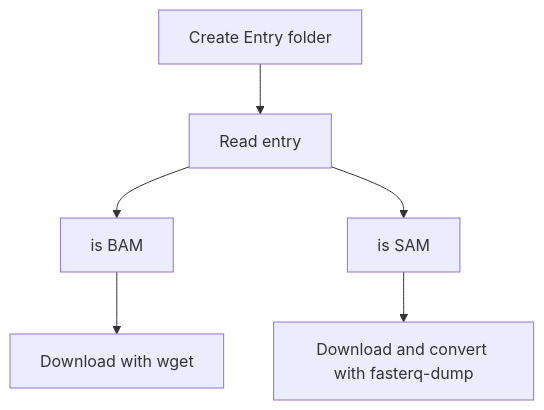
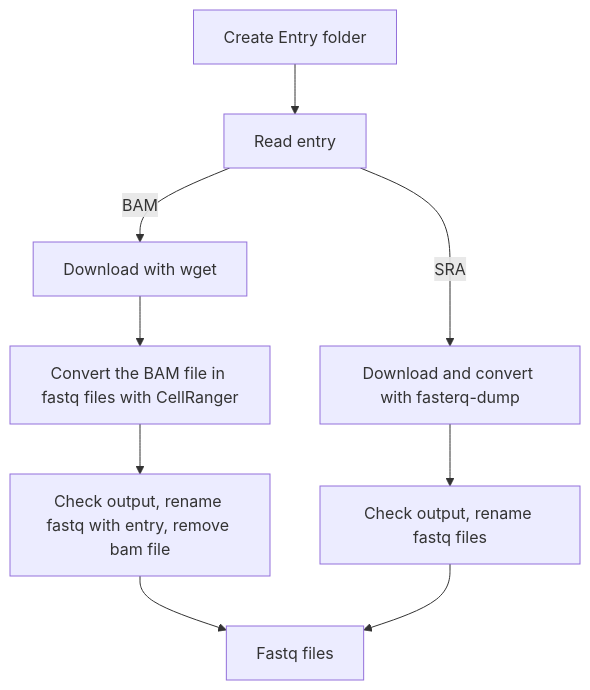
One commit to VergaJU/BoneMarrow_scRNA-Seq changed the diagram in Pre-process/README.md. Above: the diagram before and after it, drawn with Mermaid. The commit also changed other lines of this file, not shown here.

````diff
--- a/Pre-process/README.md
+++ b/Pre-process/README.md
@@ -166,9 +166,12 @@
 ```mermaid
     flowchart TD
       A[Create Entry folder] --> B[Read entry]
-      B --> C[is BAM]
-      C --> D[Download with wget]
-      B --> E[is SAM]
-      E --> F[Download and convert with fasterq-dump]
+      B -- BAM --> C[Download with wget]
+      C --> D[Convert the BAM file in fastq files with CellRanger]
+      D --> E[Check output, rename fastq with entry, remove bam file]
+      E --> H[Fastq files]
+      B -- SRA --> F[Download and convert with fasterq-dump]
+      F --> G[Check output, rename fastq files]
+      G --> H
 
 ```
````
